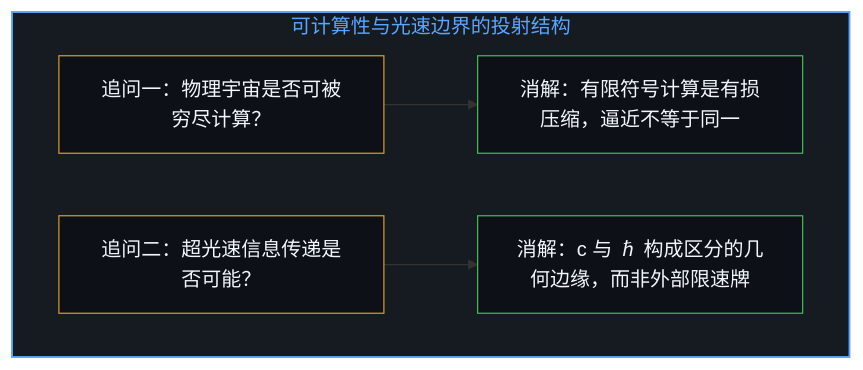
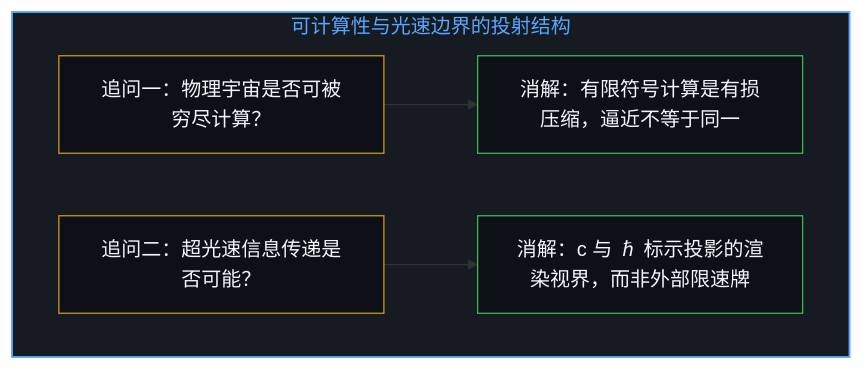
Before and after one commit to powerpig99/not-a-toe: the first of 4 diagrams in content/posts/four-night-questions.md, drawn with Mermaid. The commit also changed other lines of this file and 4 other files, not shown here.

````diff
--- a/content/posts/four-night-questions.md
+++ b/content/posts/four-night-questions.md
@@ -17,12 +17,12 @@
 ```mermaid
 graph TD
     subgraph S_Q12["可计算性与光速边界的投射结构"]
         Q1["追问一：物理宇宙是否可被穷尽计算？"] --> D1["消解：有限符号计算是有损压缩，逼近不等于同一"]
-        Q2["追问二：超光速信息传递是否可能？"] --> D2["消解：c 与 ℏ 构成区分的几何边缘，而非外部限速牌"]
+        Q2["追问二：超光速信息传递是否可能？"] --> D2["消解：c 与 ℏ 标示投影的渲染视界，而非外部限速牌"]
     end
     style S_Q12 fill:#161b22,stroke:#58a6ff,stroke-width:1.5px,color:#58a6ff
     style Q1 fill:#0d1117,stroke:#d29922,stroke-width:1px,color:#f0f6fc
     style D1 fill:#0d1117,stroke:#3fb950,stroke-width:1px,color:#f0f6fc
     style Q2 fill:#0d1117,stroke:#d29922,stroke-width:1px,color:#f0f6fc
     style D2 fill:#0d1117,stroke:#3fb950,stroke-width:1px,color:#f0f6fc
 ```
````
